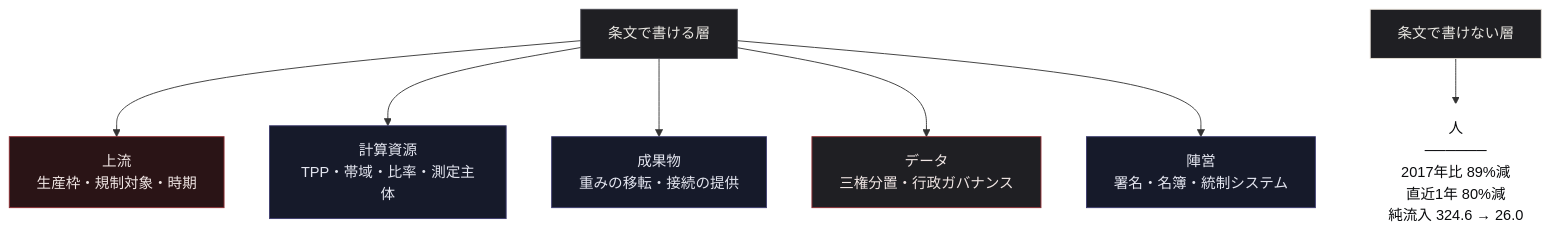
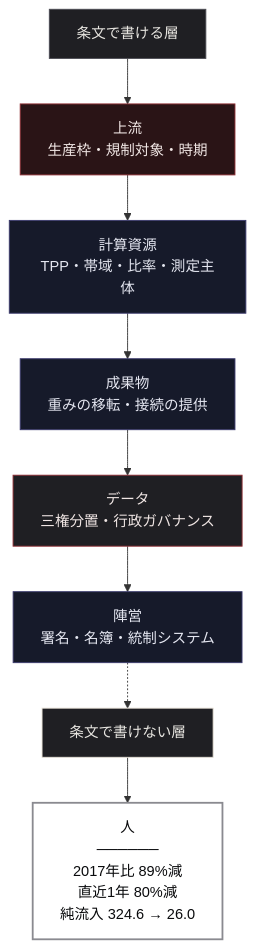
Before and after one commit to Leading-AI-IO/us-china-ai-competition: the sixth of 6 diagrams in docs/jp/us-china-ai-competition_JP.md, drawn with Mermaid. The commit also changed other lines of this file, not shown here.

````diff
--- a/docs/jp/us-china-ai-competition_JP.md
+++ b/docs/jp/us-china-ai-competition_JP.md
@@ -957,18 +957,19 @@
 ```mermaid
 graph TD
     A["条文で書ける層"] --> B["上流<br/>生産枠・規制対象・時期"]
-    A --> C["計算資源<br/>TPP・帯域・比率・測定主体"]
-    A --> D["成果物<br/>重みの移転・接続の提供"]
-    A --> E["データ<br/>三権分置・行政ガバナンス"]
-    A --> F["陣営<br/>署名・名簿・統制システム"]
-    G["条文で書けない層"] --> H["人<br/>──────<br/>2017年比 89%減<br/>直近1年 80%減<br/>純流入 324.6 → 26.0"]
+    B --> C["計算資源<br/>TPP・帯域・比率・測定主体"]
+    C --> D["成果物<br/>重みの移転・接続の提供"]
+    D --> E["データ<br/>三権分置・行政ガバナンス"]
+    E --> F["陣営<br/>署名・名簿・統制システム"]
+    F -.-> G["条文で書けない層"]
+    G --> H["人<br/>──────<br/>2017年比 89%減<br/>直近1年 80%減<br/>純流入 324.6 → 26.0"]
 
     style A fill:#1F1F23,stroke:#4A4A52,color:#E8E6E1
     style B fill:#2A1416,stroke:#8F2D33,color:#F0E6E4
     style C fill:#161A2A,stroke:#3C3B6E,color:#E4E6F0
     style D fill:#161A2A,stroke:#3C3B6E,color:#E4E6F0
     style E fill:#1F1F23,stroke:#8F2D33,color:#F0E6E4
     style F fill:#161A2A,stroke:#3C3B6E,color:#E4E6F0
     style G fill:#1F1F23,stroke:#E8E2D8,color:#E8E6E1
-    style H fill:#FFFFFF,stroke:#FFFFFF,color:#0A0B0D
+    style H fill:#FFFFFF,stroke:#8A8A90,stroke-width:2px,color:#0A0B0D
 ```
````
